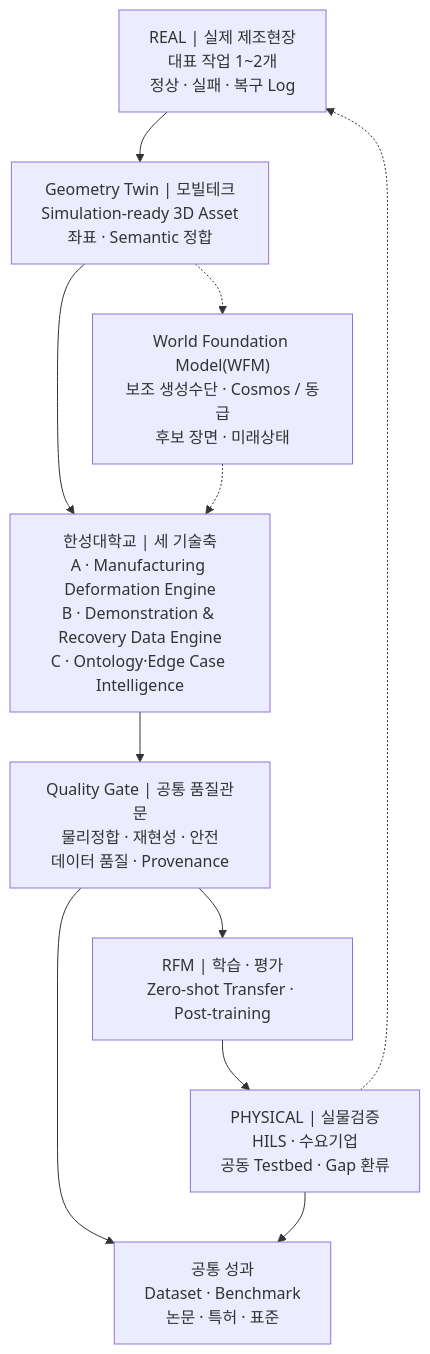
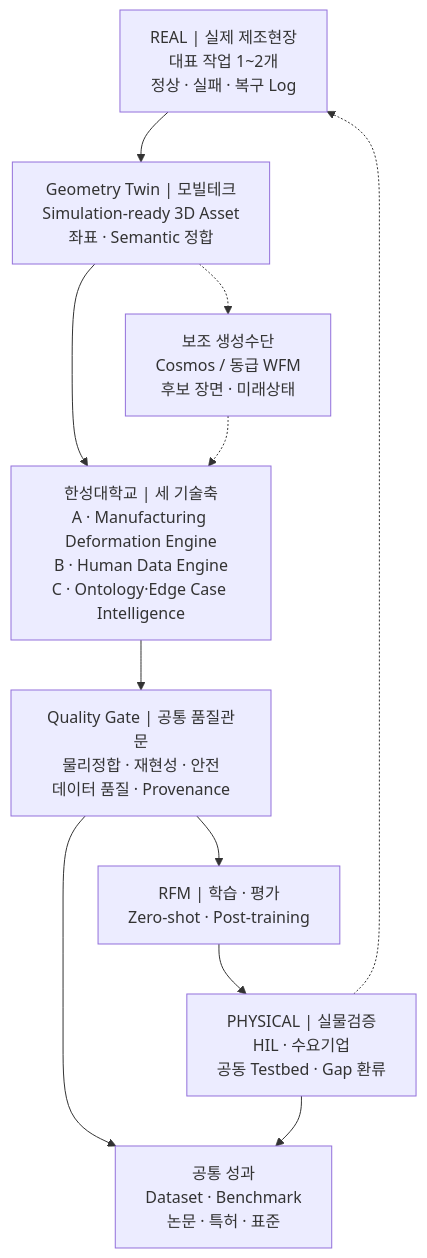
Before and after one commit to parclab-hsu/parclab-hsu.github.io: the first of 2 diagrams in homepage-src/docs/projects/manufacturing-data-factory-rfm/roadmap.md, drawn with Mermaid. The commit also changed other lines of this file and 8 other files, not shown here.

````diff
--- a/homepage-src/docs/projects/manufacturing-data-factory-rfm/roadmap.md
+++ b/homepage-src/docs/projects/manufacturing-data-factory-rfm/roadmap.md
@@ -61,17 +63,17 @@
 ```mermaid
 flowchart TB
     REAL["REAL | 실제 제조현장<br/>대표 작업 1~2개<br/>정상 · 실패 · 복구 Log"]
-    GEO["Geometry Twin | 모빌테크<br/>Simulation‑ready 3D Asset<br/>좌표 · Semantic 정합"]
-    WFM["World Foundation Model(WFM)<br/>보조 생성수단 · Cosmos / 동급<br/>후보 장면 · 미래상태"]
-    CORE["한성대학교 | 세 기술축<br/>A · Manufacturing Deformation Engine<br/>B · Demonstration & Recovery Data Engine<br/>C · Ontology·Edge Case Intelligence"]
+    GEO["Geometry Twin | 모빌테크<br/>Simulation-ready 3D Asset<br/>좌표 · Semantic 정합"]
+    WFM["보조 생성수단<br/>Cosmos / 동급 WFM<br/>후보 장면 · 미래상태"]
+    CORE["한성대학교 | 세 기술축<br/>A · Manufacturing Deformation Engine<br/>B · Human Data Engine<br/>C · Ontology·Edge Case Intelligence"]
     GATE["Quality Gate | 공통 품질관문<br/>물리정합 · 재현성 · 안전<br/>데이터 품질 · Provenance"]
-    RFM["RFM | 학습 · 평가<br/>Zero‑shot Transfer · Post‑training"]
-    TEST["PHYSICAL | 실물검증<br/>HILS · 수요기업<br/>공동 Testbed · Gap 환류"]
+    RFM["RFM | 학습 · 평가<br/>Zero-shot · Post-training"]
+    TEST["PHYSICAL | 실물검증<br/>HIL · 수요기업<br/>공동 Testbed · Gap 환류"]
     OUTPUT["공통 성과<br/>Dataset · Benchmark<br/>논문 · 특허 · 표준"]
 
     REAL --> GEO --> CORE --> GATE --> RFM --> TEST
     GEO -.-> WFM -.-> CORE
     GATE --> OUTPUT
     TEST --> OUTPUT
     TEST -.-> REAL
 ```
````
